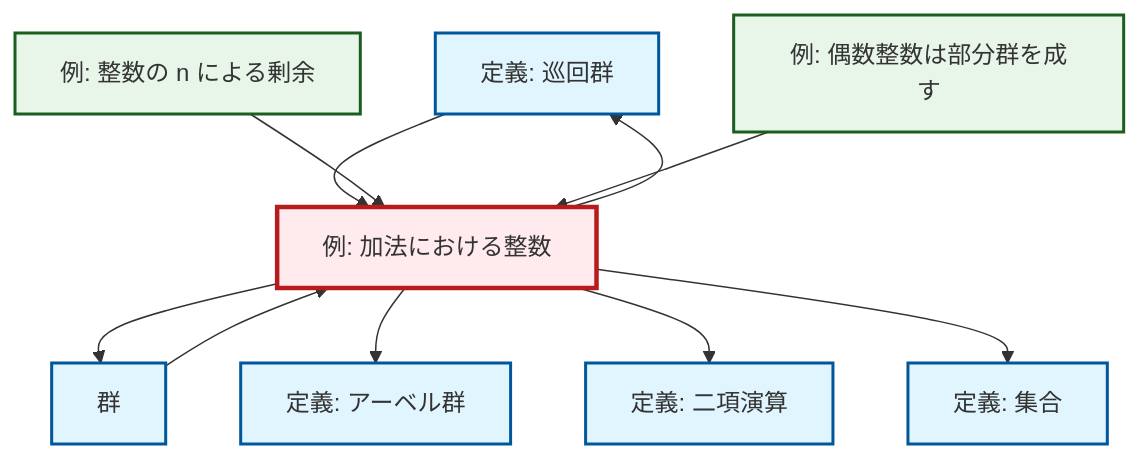
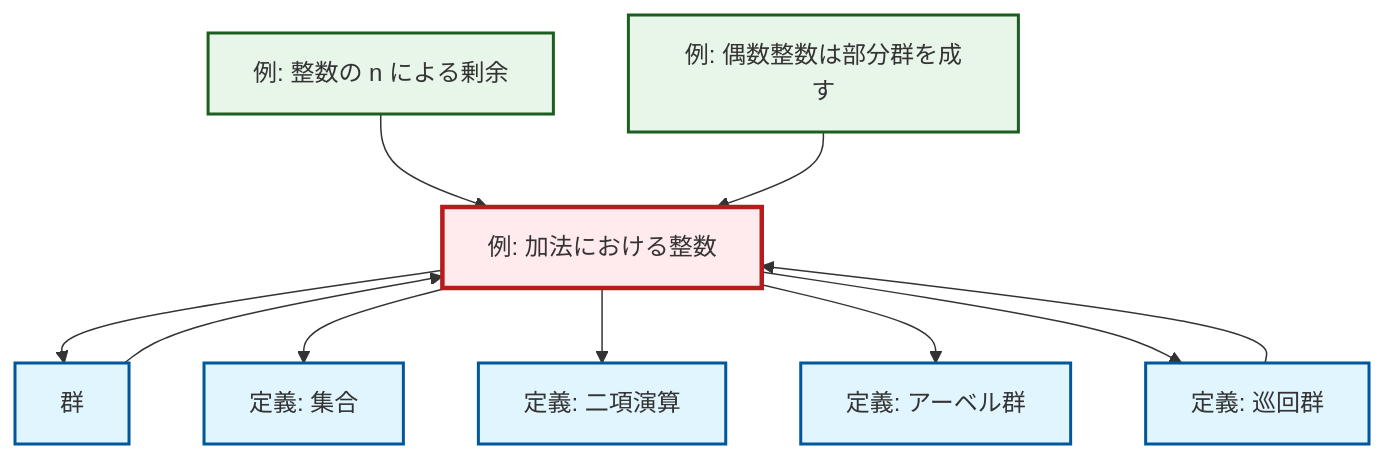
Before and after one commit to RK0429/ModernMath: the diagram in content/ja/algebra/ex-integers-addition.qmd, drawn with Mermaid. The commit also changed other lines of this file and 1012 other files, not shown here.

````diff
--- a/content/ja/algebra/ex-integers-addition.qmd
+++ b/content/ja/algebra/ex-integers-addition.qmd
@@ -74,34 +74,34 @@
 ```{mermaid}
 %%| fig-cap: "Local dependency graph"
 graph TD
     classDef definition fill:#e1f5fe,stroke:#01579b,stroke-width:2px
     classDef theorem fill:#f3e5f5,stroke:#4a148c,stroke-width:2px
     classDef axiom fill:#fff3e0,stroke:#e65100,stroke-width:2px
     classDef example fill:#e8f5e9,stroke:#1b5e20,stroke-width:2px
     classDef current fill:#ffebee,stroke:#b71c1c,stroke-width:3px
+    def-binary-operation["定義: 二項演算"]:::definition
+    ex-quotient-integers-mod-n["例: 整数の n による剰余"]:::example
+    def-cyclic-group["定義: 巡回群"]:::definition
     def-set["定義: 集合"]:::definition
-    def-cyclic-group["定義: 巡回群"]:::definition
-    def-binary-operation["定義: 二項演算"]:::definition
+    def-abelian-group["定義: アーベル群"]:::definition
+    ex-integers-addition["例: 加法における整数"]:::example
+    def-group["群"]:::definition
     ex-even-integers-subgroup["例: 偶数整数は部分群を成す"]:::example
-    ex-integers-addition["例: 加法における整数"]:::example
-    def-abelian-group["定義: アーベル群"]:::definition
-    ex-quotient-integers-mod-n["例: 整数の n による剰余"]:::example
-    def-group["群"]:::definition
-    ex-integers-addition --> def-cyclic-group
     ex-integers-addition --> def-group
+    ex-integers-addition --> def-set
+    ex-integers-addition --> def-binary-operation
+    ex-integers-addition --> def-abelian-group
+    ex-quotient-integers-mod-n --> ex-integers-addition
     def-group --> ex-integers-addition
     def-cyclic-group --> ex-integers-addition
-    ex-quotient-integers-mod-n --> ex-integers-addition
-    ex-integers-addition --> def-abelian-group
+    ex-integers-addition --> def-cyclic-group
     ex-even-integers-subgroup --> ex-integers-addition
-    ex-integers-addition --> def-binary-operation
-    ex-integers-addition --> def-set
     class ex-integers-addition current
+    click def-binary-operation "def-binary-operation.html" "二項演算の定義へ"
+    click ex-quotient-integers-mod-n "ex-quotient-integers-mod-n.html" "整数の n による剰余の例へ"
+    click def-cyclic-group "def-cyclic-group.html" "巡回群の定義へ"
     click def-set "def-set.html" "集合の定義へ"
-    click def-cyclic-group "def-cyclic-group.html" "巡回群の定義へ"
-    click def-binary-operation "def-binary-operation.html" "二項演算の定義へ"
+    click def-abelian-group "def-abelian-group.html" "アーベル群の定義へ"
+    click def-group "def-group.html" "群へ"
     click ex-even-integers-subgroup "ex-even-integers-subgroup.html" "偶数整数は部分群を成すの例へ"
-    click def-abelian-group "def-abelian-group.html" "アーベル群の定義へ"
-    click ex-quotient-integers-mod-n "ex-quotient-integers-mod-n.html" "整数の n による剰余の例へ"
-    click def-group "def-group.html" "群へ"
 ```
````
